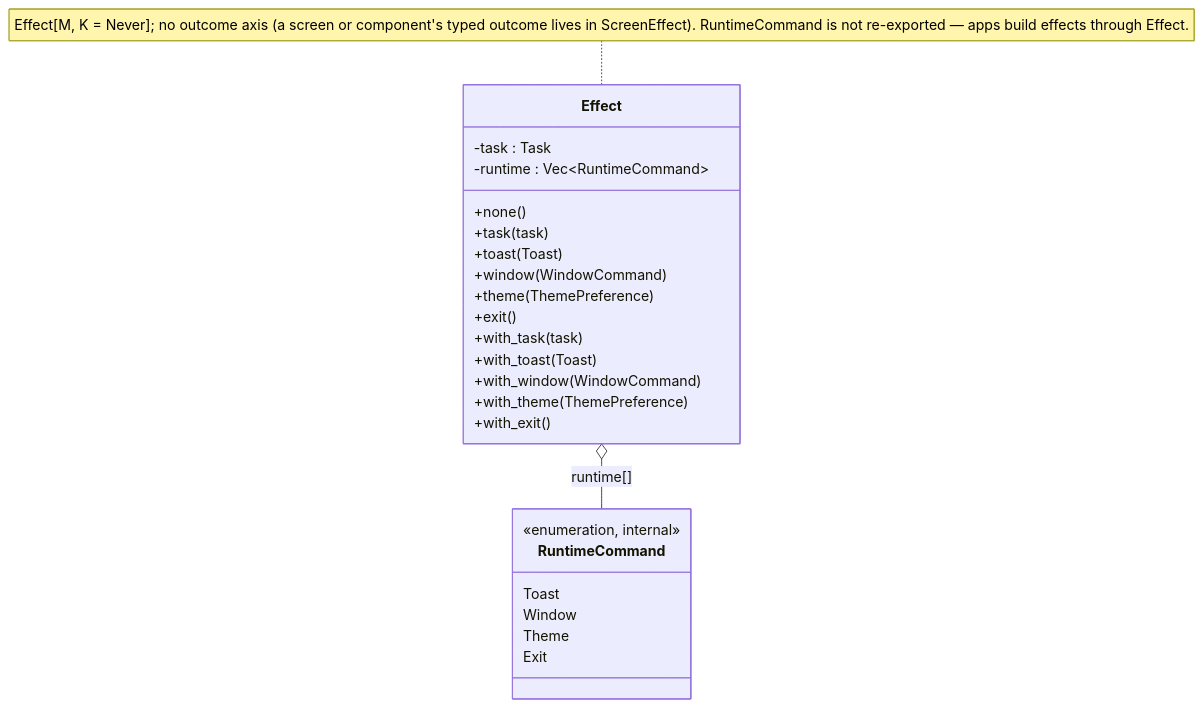
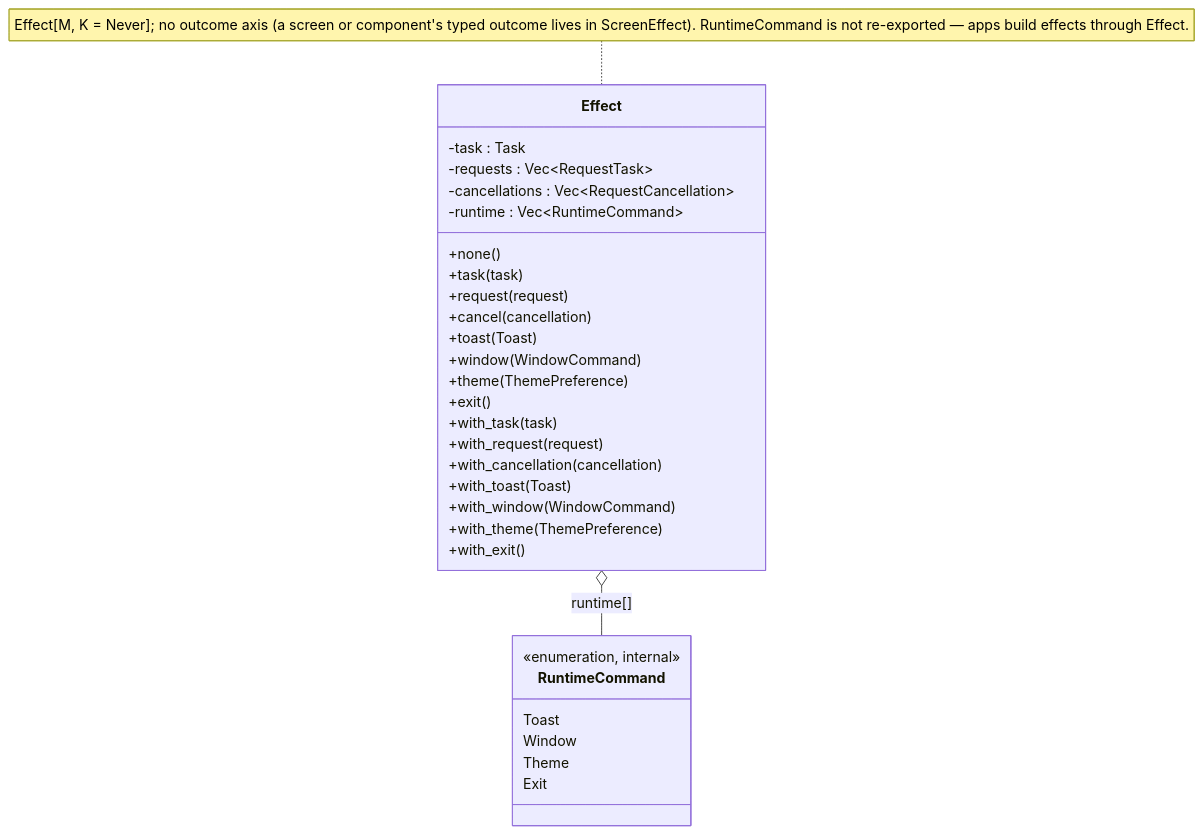
One commit to JirlanSouza/nive changed the third of 4 diagrams in docs/architecture/api-surface.md. Above: the diagram before and after it, drawn with Mermaid. The commit also changed other lines of this file and 44 other files, not shown here.

````diff
--- a/docs/architecture/api-surface.md
+++ b/docs/architecture/api-surface.md
@@ -117,27 +118,33 @@
 ```mermaid
 classDiagram
     class Effect {
         -task : Task
+        -requests : Vec~RequestTask~
+        -cancellations : Vec~RequestCancellation~
         -runtime : Vec~RuntimeCommand~
         +none()
         +task(task)
+        +request(request)
+        +cancel(cancellation)
         +toast(Toast)
         +window(WindowCommand)
         +theme(ThemePreference)
         +exit()
         +with_task(task)
+        +with_request(request)
+        +with_cancellation(cancellation)
         +with_toast(Toast)
         +with_window(WindowCommand)
         +with_theme(ThemePreference)
         +with_exit()
     }
     class RuntimeCommand {
         <<enumeration, internal>>
         Toast
         Window
         Theme
         Exit
     }
     Effect o-- RuntimeCommand : runtime[]
     note for Effect "Effect[M, K = Never]; no outcome axis (a screen or component's typed outcome lives in ScreenEffect). RuntimeCommand is not re-exported — apps build effects through Effect."
 ```
````
